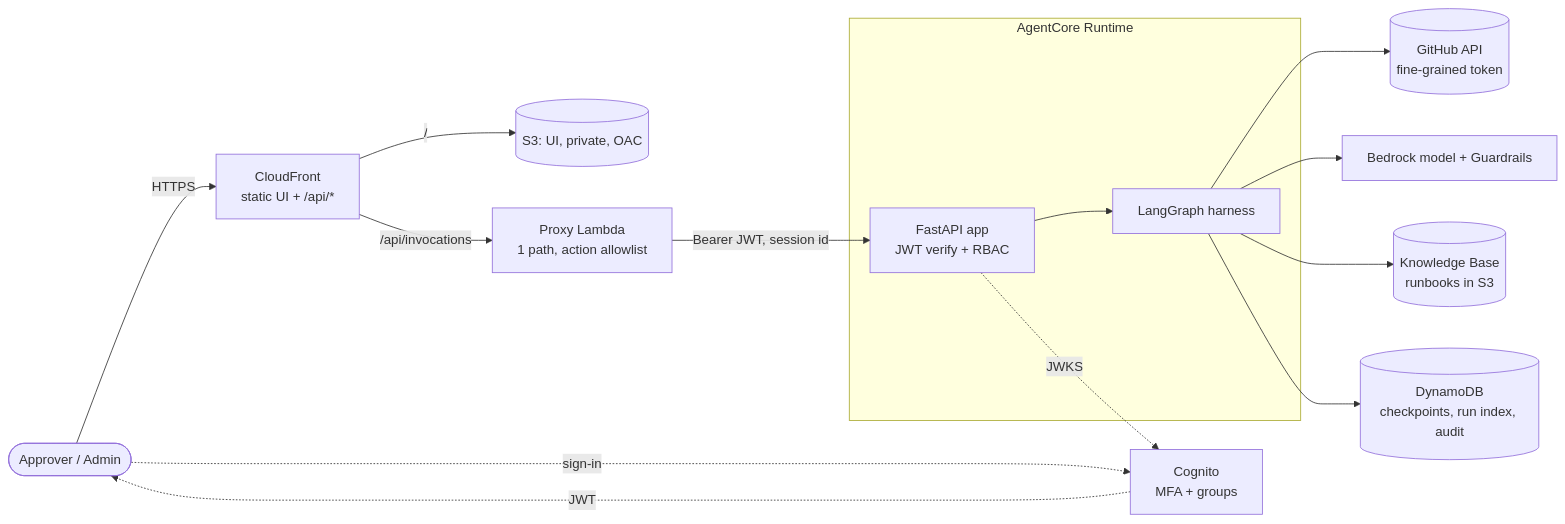
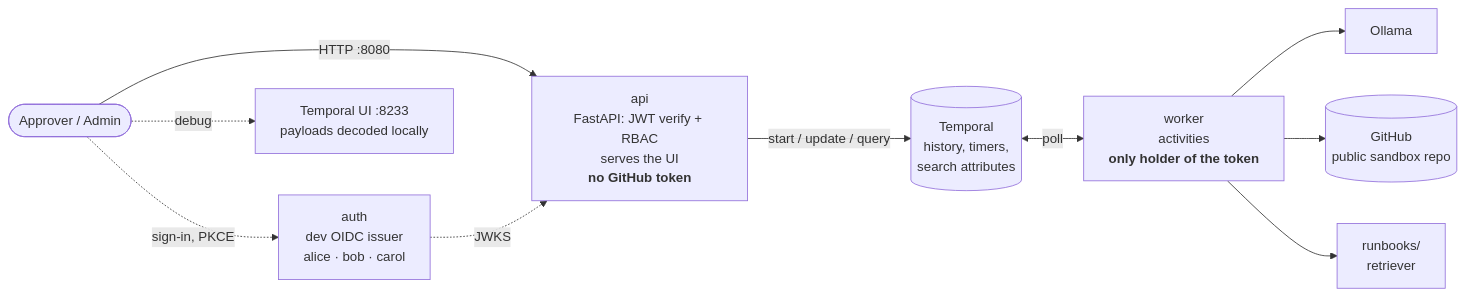
Before and after one commit to Shubham-git7/github-actions-ci-analyzer: the first of 3 diagrams in docs/ARCHITECTURE.md, drawn with Mermaid. The commit also changed other lines of this file and 64 other files, not shown here.

````diff
--- a/docs/ARCHITECTURE.md
+++ b/docs/ARCHITECTURE.md
@@ -5,17 +7,12 @@
 ```mermaid
 flowchart LR
-  U([Approver / Admin]) -->|HTTPS| CF[CloudFront<br/>static UI + /api/*]
-  CF -->|/| S3[(S3: UI, private, OAC)]
-  CF -->|/api/invocations| BFF[Proxy Lambda<br/>1 path, action allowlist]
-  BFF -->|Bearer JWT, session id| RT
-  subgraph AgentCore Runtime
-    RT[FastAPI app<br/>JWT verify + RBAC] --> G[LangGraph harness]
-  end
-  G --> GH[(GitHub API<br/>fine-grained token)]
-  G --> BR[Bedrock model + Guardrails]
-  G --> KB[(Knowledge Base<br/>runbooks in S3)]
-  G --> DDB[(DynamoDB<br/>checkpoints, run index, audit)]
-  U -. sign-in .-> COG[Cognito<br/>MFA + groups]
-  COG -. JWT .-> U
-  RT -. JWKS .-> COG
+  U([Approver / Admin]) -->|HTTP :8080| API[api<br/>FastAPI: JWT verify + RBAC<br/>serves the UI<br/><b>no GitHub token</b>]
+  U -. sign-in, PKCE .-> AUTH[auth<br/>dev OIDC issuer<br/>alice · bob · carol]
+  AUTH -. JWKS .-> API
+  API -->|start / update / query| T[(Temporal<br/>history, timers,<br/>search attributes)]
+  T <-->|poll| W[worker<br/>activities<br/><b>only holder of the token</b>]
+  W --> LLM[Ollama]
+  W --> GH[(GitHub<br/>public sandbox repo)]
+  W --> RB[runbooks/<br/>retriever]
+  U -. debug .-> TUI[Temporal UI :8233<br/>payloads decoded locally]
 ```
````
